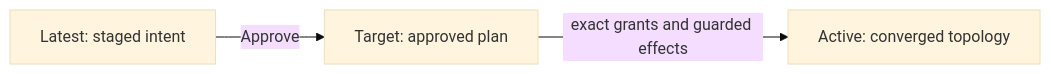
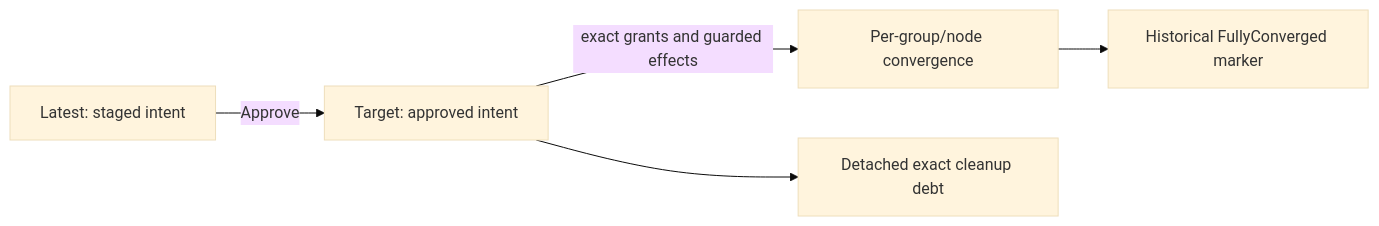
The first of 2 diagrams in docs/architecture/README.md (asalimonov/gquorum), drawn with Mermaid (base theme) before and after one commit. The commit also changed other lines of this file and 15 other files, not shown here.

````diff
--- a/docs/architecture/README.md
+++ b/docs/architecture/README.md
@@ -131,5 +131,7 @@
 ```mermaid
 flowchart LR
-    Latest["Latest: staged intent"] -->|Approve| Target["Target: approved plan"]
-    Target -->|exact grants and guarded effects| Active["Active: converged topology"]
+    Latest["Latest: staged intent"] -->|Approve| Target["Target: approved intent"]
+    Target -->|exact grants and guarded effects| Progress["Per-group/node convergence"]
+    Progress --> Marker["Historical FullyConverged marker"]
+    Target --> Cleanup["Detached exact cleanup debt"]
 ```
````
